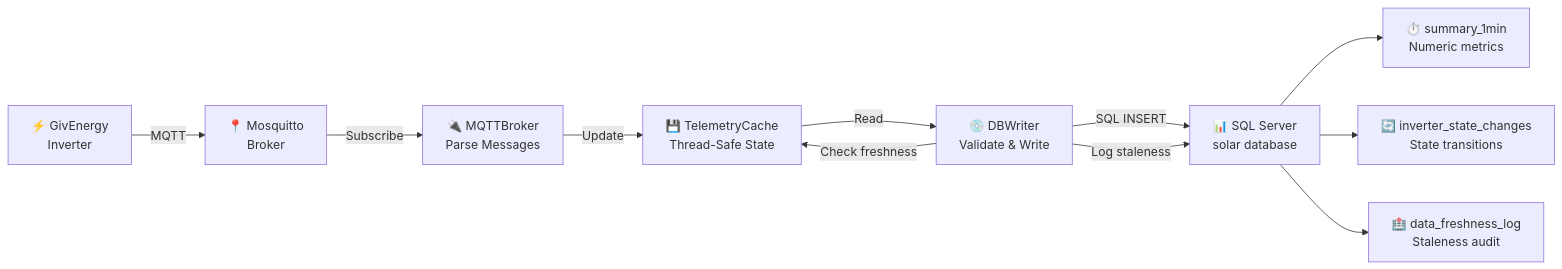
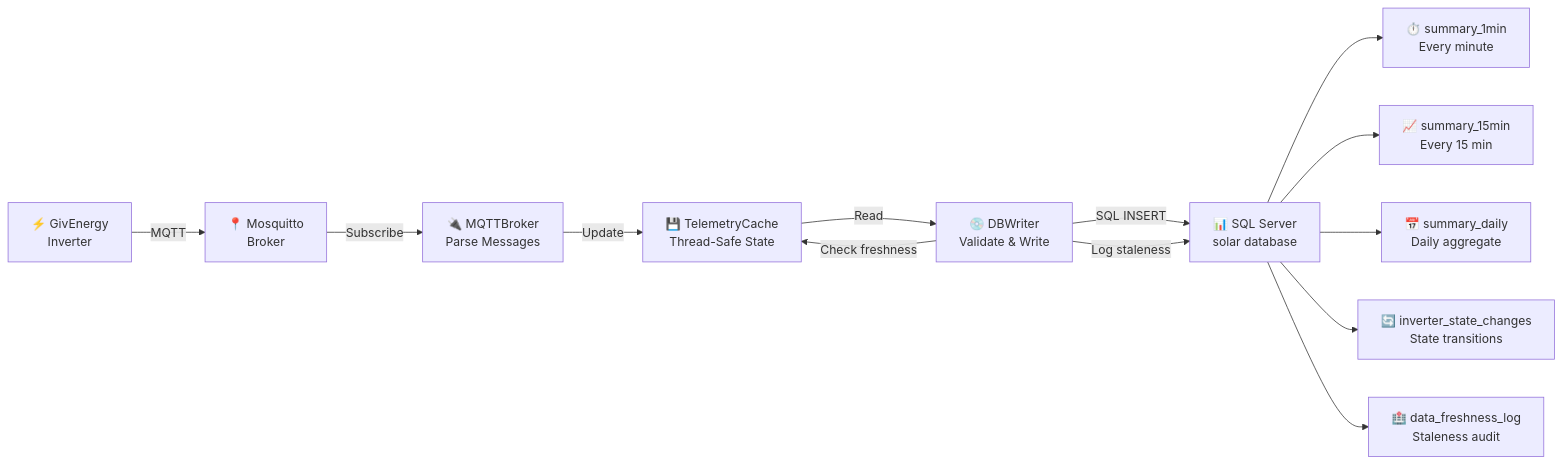
Before and after one commit to Deepfat/Solaris: the diagram in readme.md, drawn with Mermaid. The commit also changed other lines of this file, not shown here.

Commit message:
Update README: fix Mermaid diagram to show all 3 summary tables, add PowerShell admin requirements

````diff
--- a/readme.md
+++ b/readme.md
@@ -10,15 +10,17 @@
 ```mermaid
 graph LR
     A["⚡ GivEnergy<br/>Inverter"] -->|MQTT| B["📍 Mosquitto<br/>Broker"]
     B -->|Subscribe| C["🔌 MQTTBroker<br/>Parse Messages"]
     C -->|Update| D["💾 TelemetryCache<br/>Thread-Safe State"]
     D -->|Read| E["💿 DBWriter<br/>Validate & Write"]
     E -->|SQL INSERT| F["📊 SQL Server<br/>solar database"]
     
-    F --> G["⏱️ summary_1min<br/>Numeric metrics"]
+    F --> G1["⏱️ summary_1min<br/>Every minute"]
+    F --> G2["📈 summary_15min<br/>Every 15 min"]
+    F --> G3["📅 summary_daily<br/>Daily aggregate"]
     F --> H["🔄 inverter_state_changes<br/>State transitions"]
     F --> I["🏥 data_freshness_log<br/>Staleness audit"]
     
     E -->|Check freshness| D
     E -->|Log staleness| F
 ```
````
